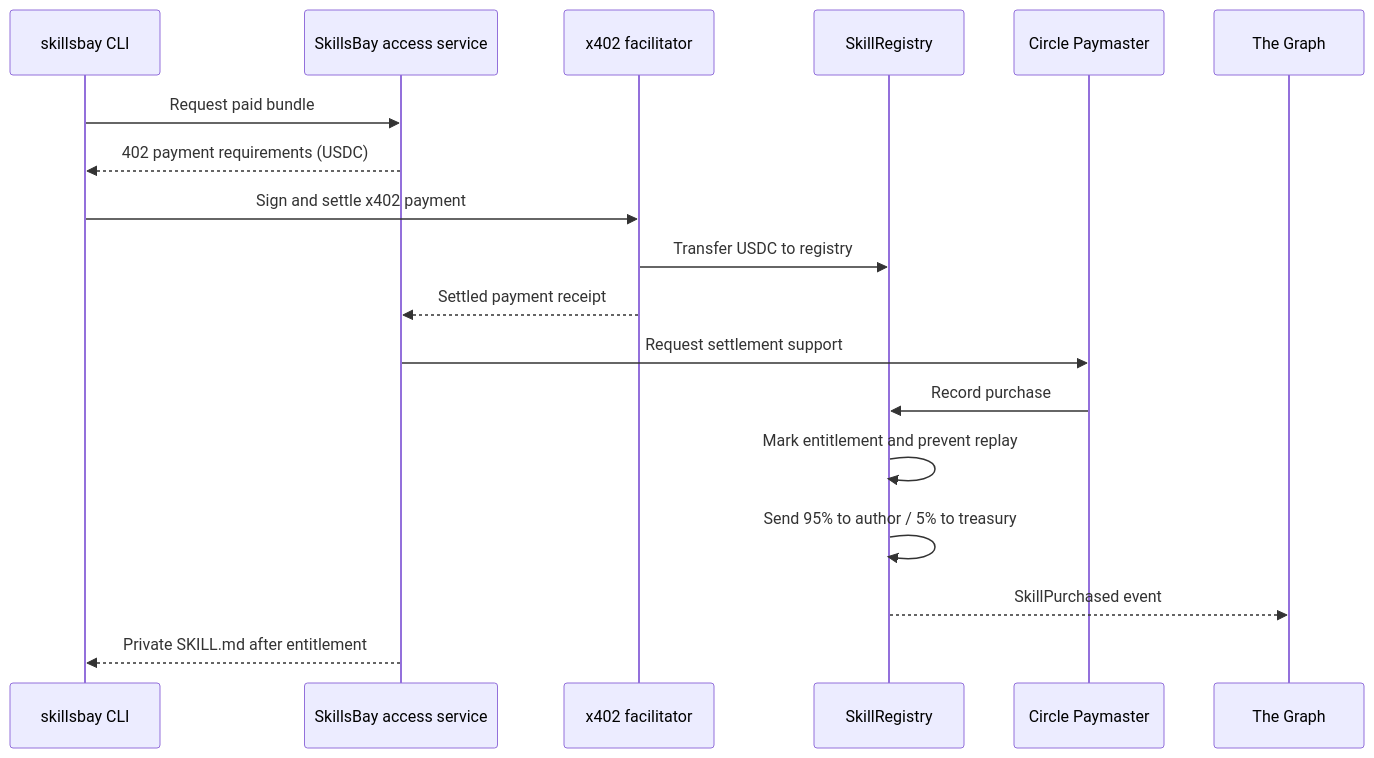
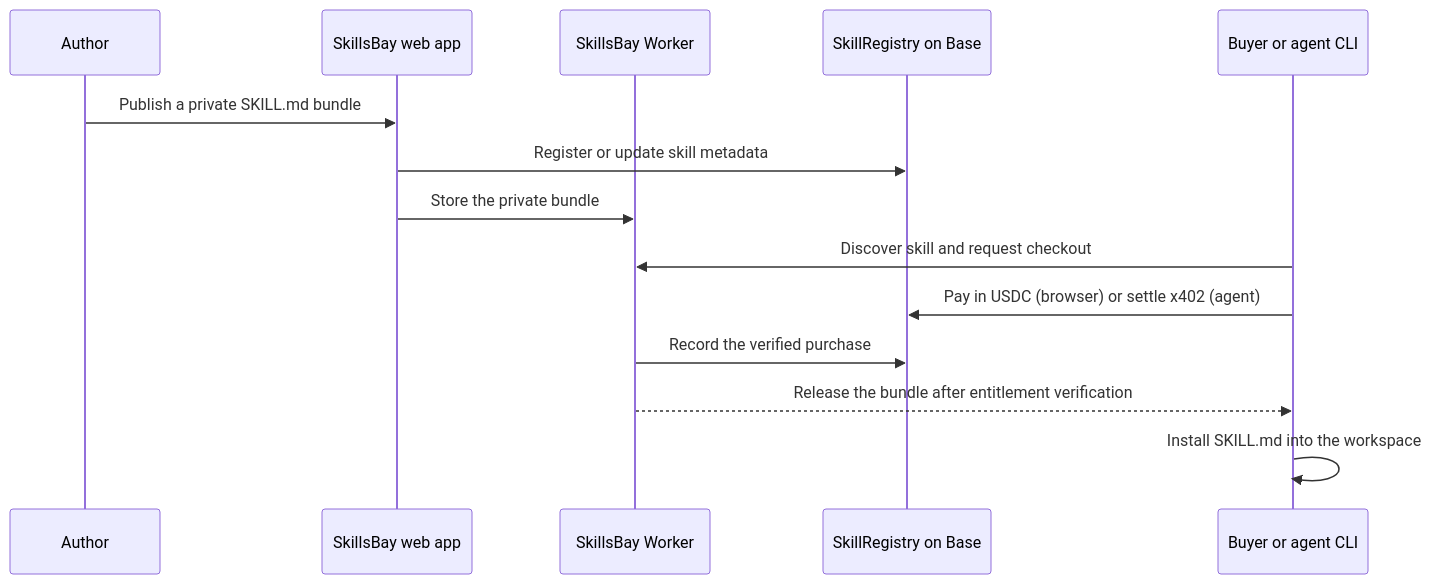
The diagram in README.md (georgekarapi/skillsbay), drawn with Mermaid before and after one commit. The commit also changed other lines of this file and 9 other files, not shown here.

Commit message:
fix(security): harden checkout and worker

````diff
--- a/README.md
+++ b/README.md
@@ -35,21 +54,17 @@
 ```mermaid
 sequenceDiagram
-  participant C as skillsbay CLI
-  participant A as SkillsBay access service
-  participant F as x402 facilitator
-  participant R as SkillRegistry
-  participant P as Circle Paymaster
-  participant G as The Graph
+  participant Author
+  participant Web as SkillsBay web app
+  participant API as SkillsBay Worker
+  participant Registry as SkillRegistry on Base
+  participant Buyer as Buyer or agent CLI
 
-  C->>A: Request paid bundle
-  A-->>C: 402 payment requirements (USDC)
-  C->>F: Sign and settle x402 payment
-  F->>R: Transfer USDC to registry
-  F-->>A: Settled payment receipt
-  A->>P: Request settlement support
-  P->>R: Record purchase
-  R->>R: Mark entitlement and prevent replay
-  R->>R: Send 95% to author / 5% to treasury
-  R-->>G: SkillPurchased event
-  A-->>C: Private SKILL.md after entitlement
+  Author->>Web: Publish a private SKILL.md bundle
+  Web->>Registry: Register or update skill metadata
+  Web->>API: Store the private bundle
+  Buyer->>API: Discover skill and request checkout
+  Buyer->>Registry: Pay in USDC (browser) or settle x402 (agent)
+  API->>Registry: Record the verified purchase
+  API-->>Buyer: Release the bundle after entitlement verification
+  Buyer->>Buyer: Install SKILL.md into the workspace
 ```
````
